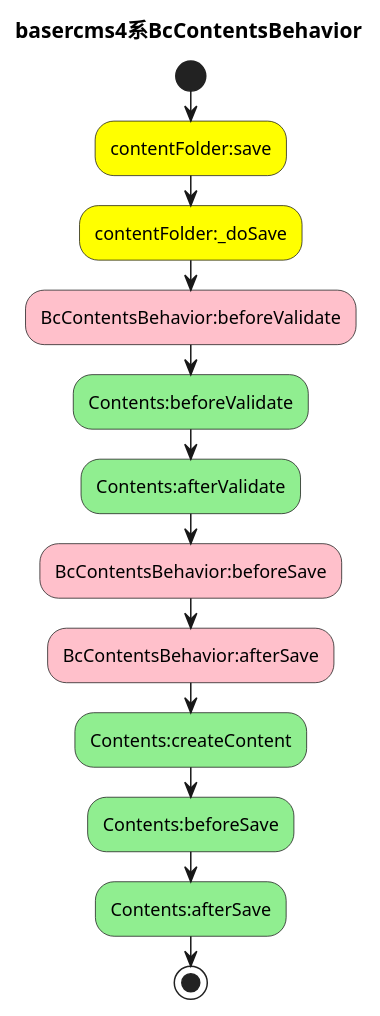
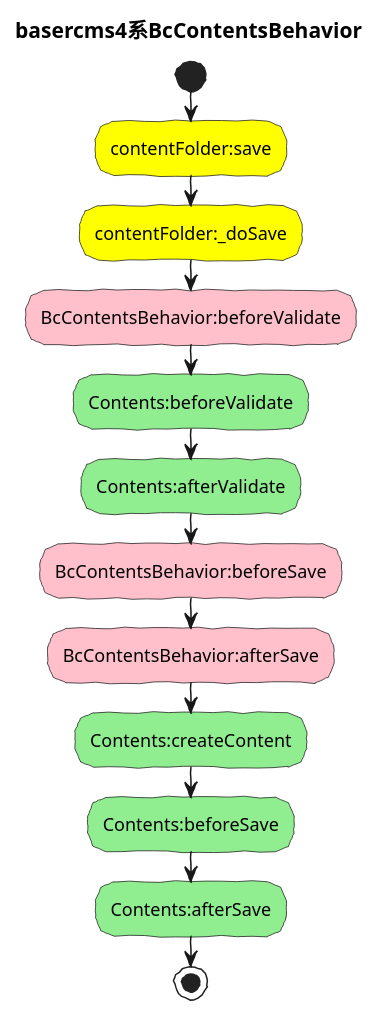
Before and after one commit to baserproject/baserproject.github.io: the diagram in src/puml/5/ucmitz/svg/activity/bc_contents_behavior/baser4_contents_create.puml, drawn with PlantUML. The commit also changed 55 other files, not shown here.

```diff
--- a/src/puml/5/ucmitz/svg/activity/bc_contents_behavior/baser4_contents_create.puml
+++ b/src/puml/5/ucmitz/svg/activity/bc_contents_behavior/baser4_contents_create.puml
@@ -1,16 +1,17 @@
 @startuml
-
+skinparam backgroundColor white
+skinparam handwritten true
 title "basercms4系BcContentsBehavior"
 start
 #yellow :contentFolder:save;
 #yellow :contentFolder:_doSave;
 #Pink :BcContentsBehavior:beforeValidate;
 #lightGreen :Contents:beforeValidate;
 #lightGreen :Contents:afterValidate;
 #Pink :BcContentsBehavior:beforeSave;
 #Pink :BcContentsBehavior:afterSave;
 #lightGreen :Contents:createContent;
 #lightGreen :Contents:beforeSave;
 #lightGreen :Contents:afterSave;
 stop
 @enduml
```
